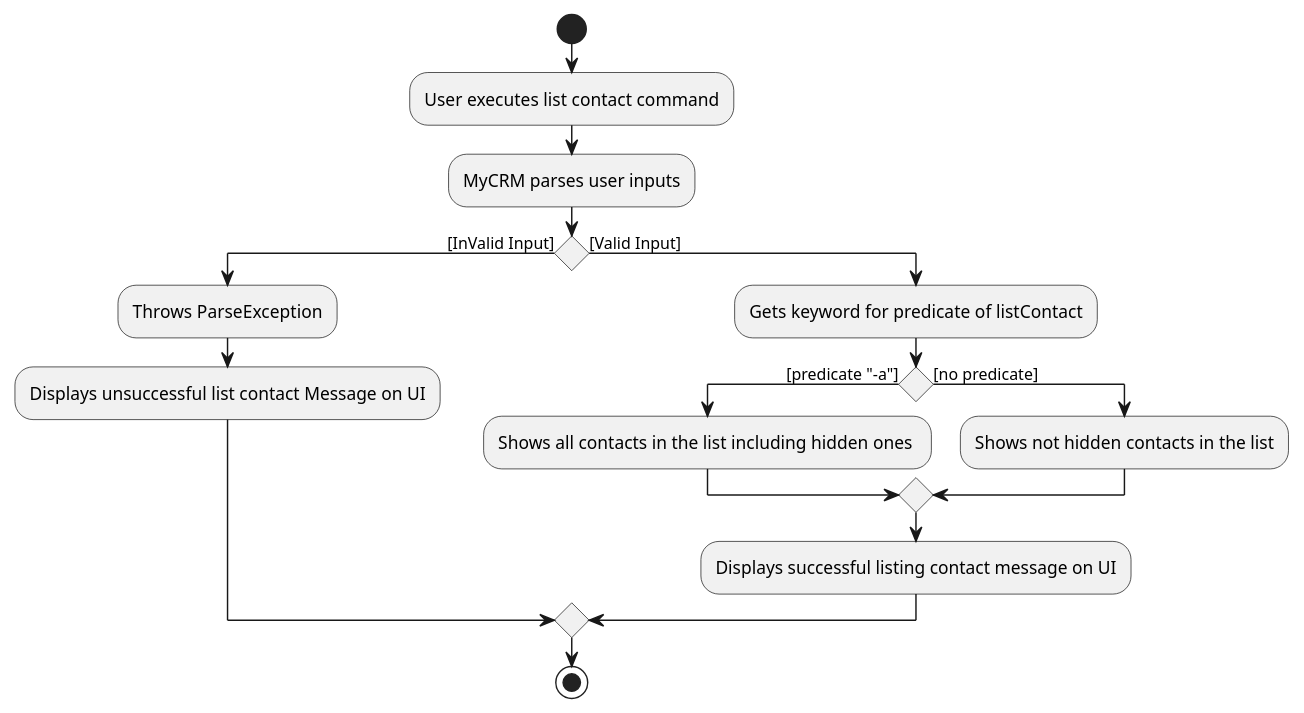
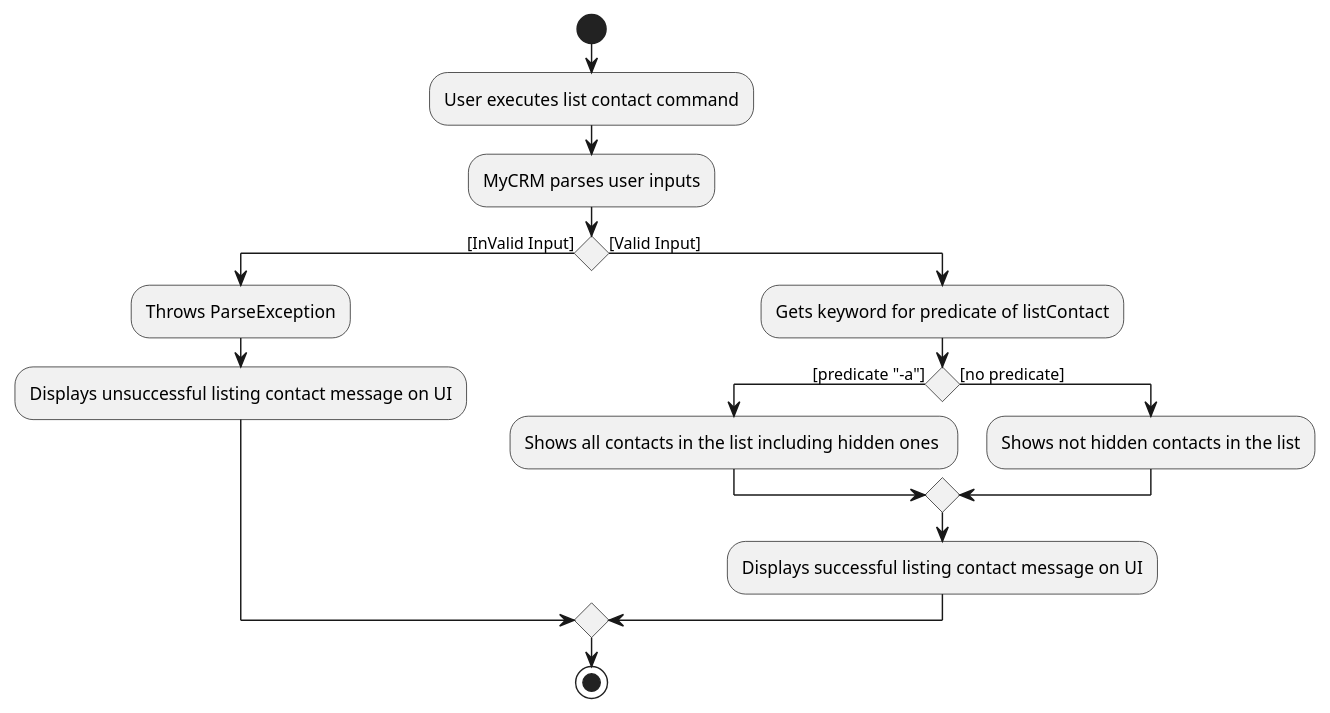
The diagram in docs/diagrams/contact/ListContactActivityDiagram.puml (ooawagaeri/tp), drawn with PlantUML before and after one commit. The commit also changed 16 other files, not shown here.

Commit message:
Update format of diagrams and ppp

```diff
--- a/docs/diagrams/contact/ListContactActivityDiagram.puml
+++ b/docs/diagrams/contact/ListContactActivityDiagram.puml
@@ -1,18 +1,18 @@
 @startuml
 start
 :User executes list contact command;
 :MyCRM parses user inputs;
 if () then ([InValid Input])
     :Throws ParseException;
-    :Displays unsuccessful list contact Message on UI;
+    :Displays unsuccessful listing contact message on UI;
 else ([Valid Input])
 :Gets keyword for predicate of listContact;
 if () then ([predicate "-a"])
 :Shows all contacts in the list including hidden ones ;
 else ([no predicate])
 :Shows not hidden contacts in the list;
 endif;
 :Displays successful listing contact message on UI;
 endif
 stop
 @enduml
```
